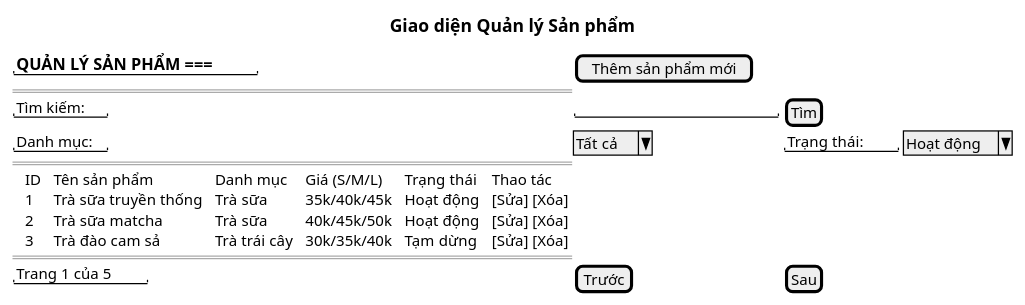
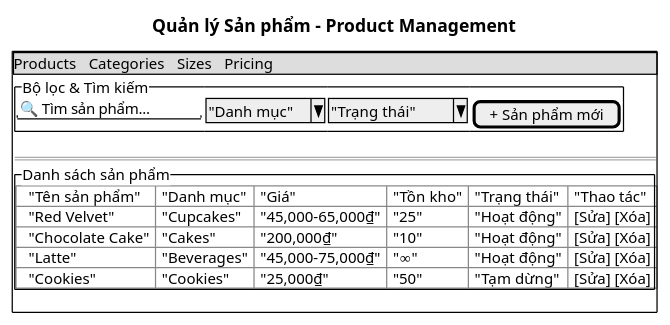
Diagram 21 of 24 in docs/report/Chương-3.md (ptithcm-system-design-2025/boba-eco-system), drawn with PlantUML before and after one commit. The commit also changed other lines of this file, not shown here.

````diff
--- a/docs/report/Chương-3.md
+++ b/docs/report/Chương-3.md
@@ -1290,21 +1595,24 @@
 ```plantuml
 @startsalt
-title Giao diện Quản lý Sản phẩm
+title Quản lý Sản phẩm - Product Management
 
+{+
+{* Products | Categories | Sizes | Pricing }
 {
-  "=== QUẢN LÝ SẢN PHẨM ===" | [Thêm sản phẩm mới]
-  ==
-  "Tìm kiếm:" | "                    " | [Tìm]
-  "Danh mục:" | ^Tất cả^ | "Trạng thái:" | ^Hoạt động^
-  ==
-  {T
-    + ID | Tên sản phẩm | Danh mục | Giá (S/M/L) | Trạng thái | Thao tác
-    + 1 | Trà sữa truyền thống | Trà sữa | 35k/40k/45k | Hoạt động | [Sửa] [Xóa]
-    + 2 | Trà sữa matcha | Trà sữa | 40k/45k/50k | Hoạt động | [Sửa] [Xóa]
-    + 3 | Trà đào cam sả | Trà trái cây | 30k/35k/40k | Tạm dừng | [Sửa] [Xóa]
+  {^"Bộ lọc & Tìm kiếm"
+    "🔍 Tìm sản phẩm..." | ^"Danh mục"^ | ^"Trạng thái"^ | [+ Sản phẩm mới]
   }
   ==
-  "Trang 1 của 5" | [Trước] | [Sau]
+  {^"Danh sách sản phẩm"
+    {T#
+    +"Tên sản phẩm"    | "Danh mục"  | "Giá"              | "Tồn kho" | "Trạng thái" | "Thao tác"
+    + "Red Velvet"     | "Cupcakes"  | "45,000-65,000₫"   | "25"      | "Hoạt động"  | [Sửa] [Xóa]
+    + "Chocolate Cake" | "Cakes"     | "200,000₫"         | "10"      | "Hoạt động"  | [Sửa] [Xóa]
+    + "Latte"         | "Beverages" | "45,000-75,000₫"   | "∞"       | "Hoạt động"  | [Sửa] [Xóa]
+    + "Cookies"       | "Cookies"   | "25,000₫"          | "50"      | "Tạm dừng"   | [Sửa] [Xóa]
+    }
+  }
+}
 }
 @endsalt
 ```
````
